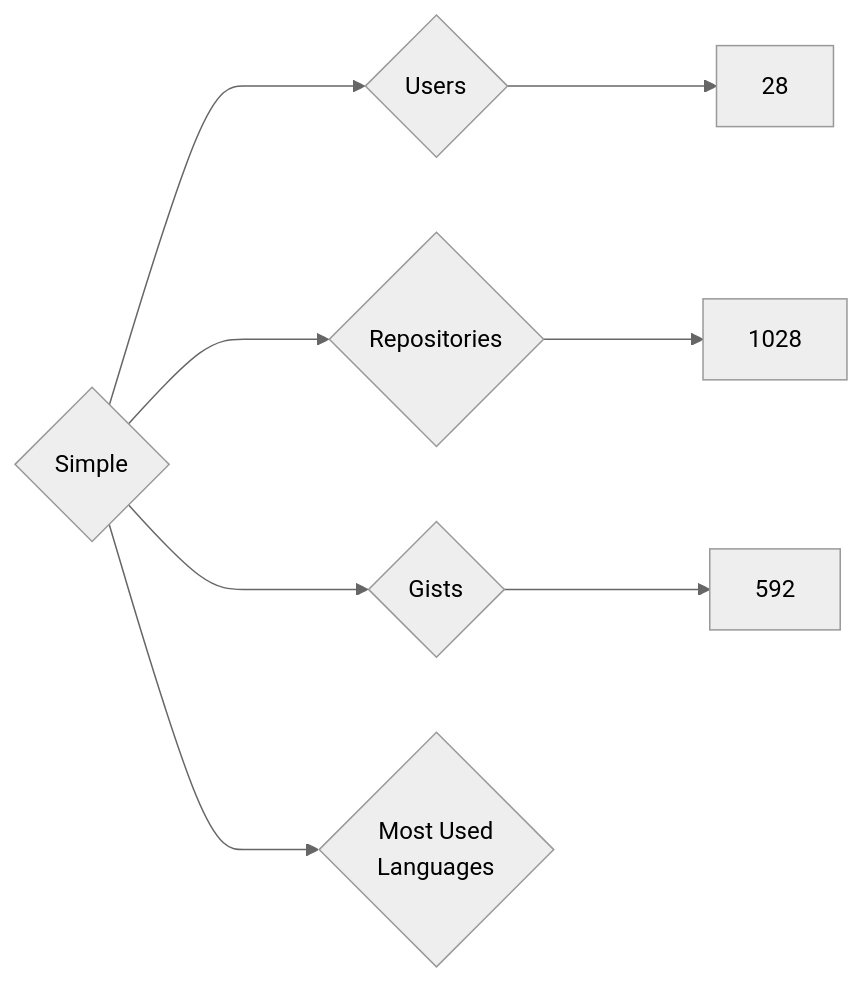
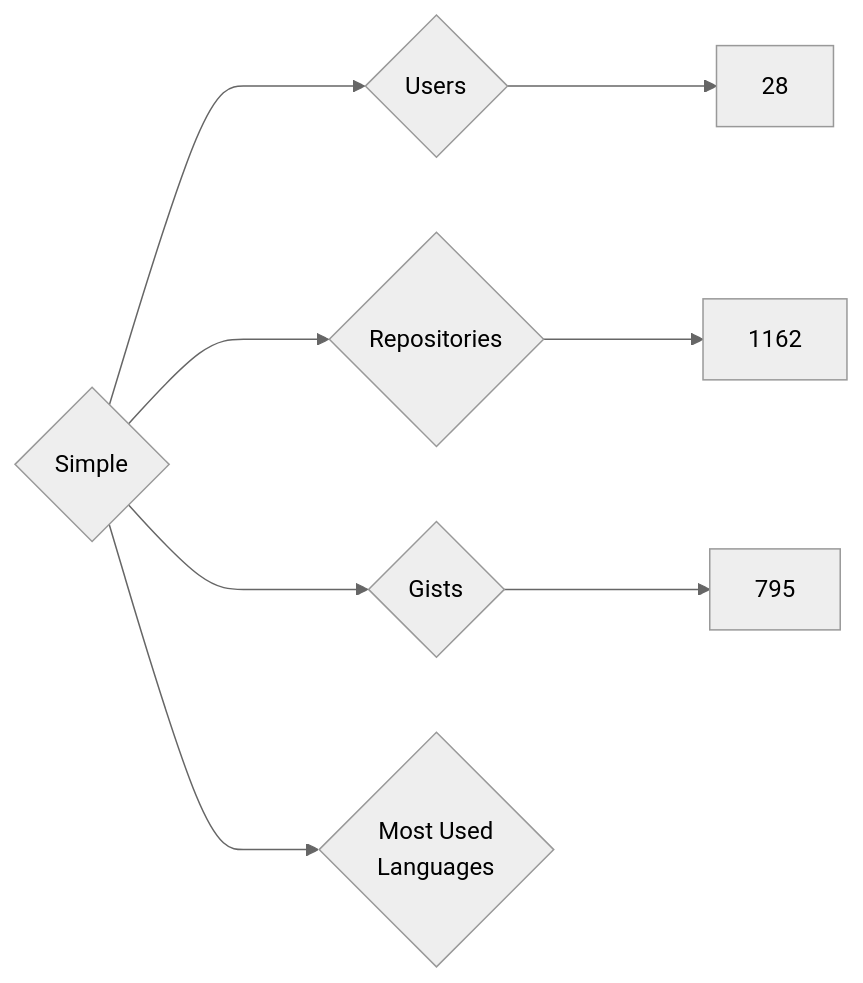
Before and after one commit to nenadzaric/insiders: the diagram in targets/Simple/README.md, drawn with Mermaid (neutral theme). The commit also changed 1342 other files, not shown here.

````diff
--- a/targets/Simple/README.md
+++ b/targets/Simple/README.md
@@ -3,8 +3,8 @@
 ```mermaid
 graph LR
 COMPANY_NAME{Simple}
 COMPANY_NAME ---> U{Users} ---> UN[28]
-COMPANY_NAME ---> R{Repositories} ---> RN[1028]
-COMPANY_NAME ---> G{Gists} ---> GN[592]
+COMPANY_NAME ---> R{Repositories} ---> RN[1162]
+COMPANY_NAME ---> G{Gists} ---> GN[795]
 COMPANY_NAME ---> ML{Most Used<br>Languages}
 ```
````
